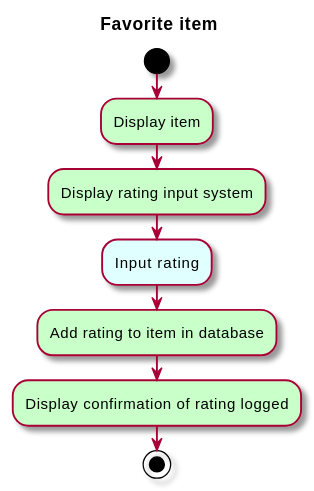
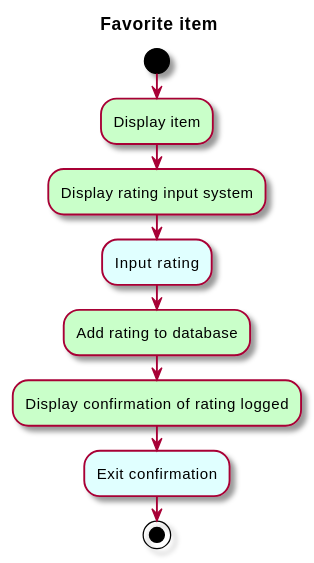
One commit to sashap100/Vassar-Dining-App changed the diagram in intellij/doc/use-cases/review-item.md. Above: the diagram before and after it, drawn with PlantUML. The commit also changed other lines of this file and 2 other files, not shown here.

Commit message:
Added details to Browse menu, Favorite item, and Review item use cases.

````diff
--- a/intellij/doc/use-cases/review-item.md
+++ b/intellij/doc/use-cases/review-item.md
@@ -3,15 +24,16 @@
 ```plantuml
 @startuml
 
 skin rose
 title Favorite item
 
 start
 #technology:Display item;
 #technology:Display rating input system;
 #LightCyan:Input rating;
-#technology:Add rating to item in database;
+#technology:Add rating to database;
 #technology:Display confirmation of rating logged;
+#LightCyan:Exit confirmation;
 stop
 @enduml
 ```
````
